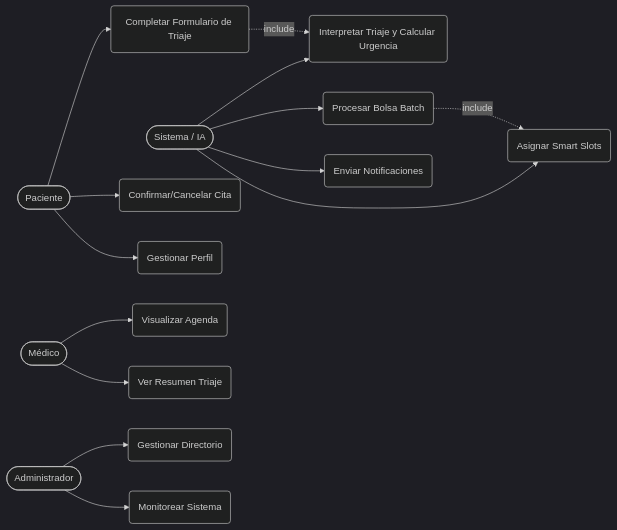
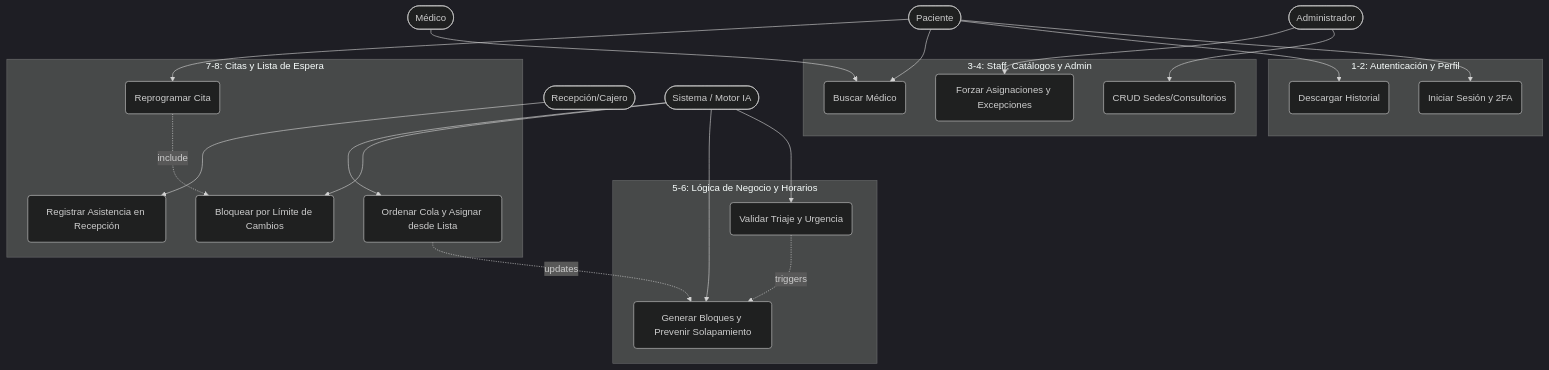
One commit to aron-quito/si-salud changed the diagram in docs/diagrams/casos_de_uso.mmd. Above: the diagram before and after it, drawn with Mermaid (dark theme). The commit also changed 44 other files, not shown here.

```diff
--- a/docs/diagrams/casos_de_uso.mmd
+++ b/docs/diagrams/casos_de_uso.mmd
@@ -1,25 +1,51 @@
-flowchart LR
+flowchart TD
     %% Actores
     P([Paciente])
     M([Médico])
     A([Administrador])
-    S([Sistema / IA])
+    R([Recepción/Cajero])
+    S([Sistema / Motor IA])
 
-    %% Casos de Uso
-    P --> UC1(Completar Formulario de Triaje)
-    P --> UC2(Confirmar/Cancelar Cita)
-    P --> UC3(Gestionar Perfil)
-    
-    S --> UC4(Interpretar Triaje y Calcular Urgencia)
-    S --> UC5(Procesar Bolsa Batch)
-    S --> UC6(Asignar Smart Slots)
-    S --> UC7(Enviar Notificaciones)
-    
-    M --> UC8(Visualizar Agenda)
-    M --> UC9(Ver Resumen Triaje)
-    
-    A --> UC10(Gestionar Directorio)
-    A --> UC11(Monitorear Sistema)
-    
-    UC1 -. include .-> UC4
-    UC5 -. include .-> UC6
+    subgraph M1_M2 [1-2: Autenticación y Perfil]
+        UC_Auth(Iniciar Sesión y 2FA)
+        UC_Hist(Descargar Historial)
+    end
+
+    subgraph M3_M4 [3-4: Staff, Catálogos y Admin]
+        UC_Dir(Buscar Médico)
+        UC_Crud(CRUD Sedes/Consultorios)
+        UC_Forzar(Forzar Asignaciones y Excepciones)
+    end
+
+    subgraph M5_M6 [5-6: Lógica de Negocio y Horarios]
+        UC_Triaje(Validar Triaje y Urgencia)
+        UC_Slot(Generar Bloques y Prevenir Solapamiento)
+    end
+
+    subgraph M7_M8 [7-8: Citas y Lista de Espera]
+        UC_Repro(Reprogramar Cita)
+        UC_Bloq(Bloquear por Límite de Cambios)
+        UC_Asist(Registrar Asistencia en Recepción)
+        UC_Esp(Ordenar Cola y Asignar desde Lista)
+    end
+
+    P --> UC_Auth
+    P --> UC_Hist
+    P --> UC_Dir
+    P --> UC_Repro
+
+    M --> UC_Dir
+
+    A --> UC_Crud
+    A --> UC_Forzar
+
+    R --> UC_Asist
+
+    S --> UC_Triaje
+    S --> UC_Slot
+    S --> UC_Bloq
+    S --> UC_Esp
+
+    UC_Repro -. include .-> UC_Bloq
+    UC_Triaje -. triggers .-> UC_Slot
+    UC_Esp -. updates .-> UC_Slot
```
